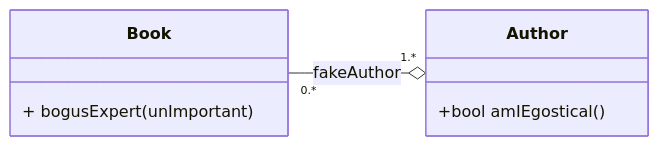
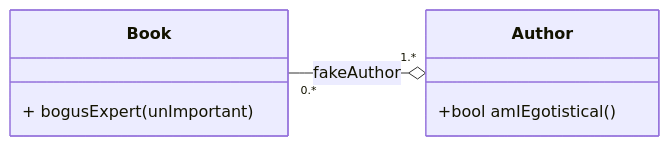
One commit to hasii2011/pyutplugins changed the diagram in tests/resources/testdata/mermaidgolden/MermaidAggregation.md. Above: the diagram before and after it, drawn with Mermaid. The commit also changed 6 other files, not shown here.

````diff
--- a/tests/resources/testdata/mermaidgolden/MermaidAggregation.md
+++ b/tests/resources/testdata/mermaidgolden/MermaidAggregation.md
@@ -1,12 +1,12 @@
 ```mermaid
 classDiagram
     direction RL
     %% Links follow
     Author "1.*" o-- "0.*" Book : fakeAuthor
     class Author { 
-        +bool amIEgostical()
+        +bool amIEgotistical()
     }
     class Book { 
         + bogusExpert(unImportant)
     }
 ```
````
